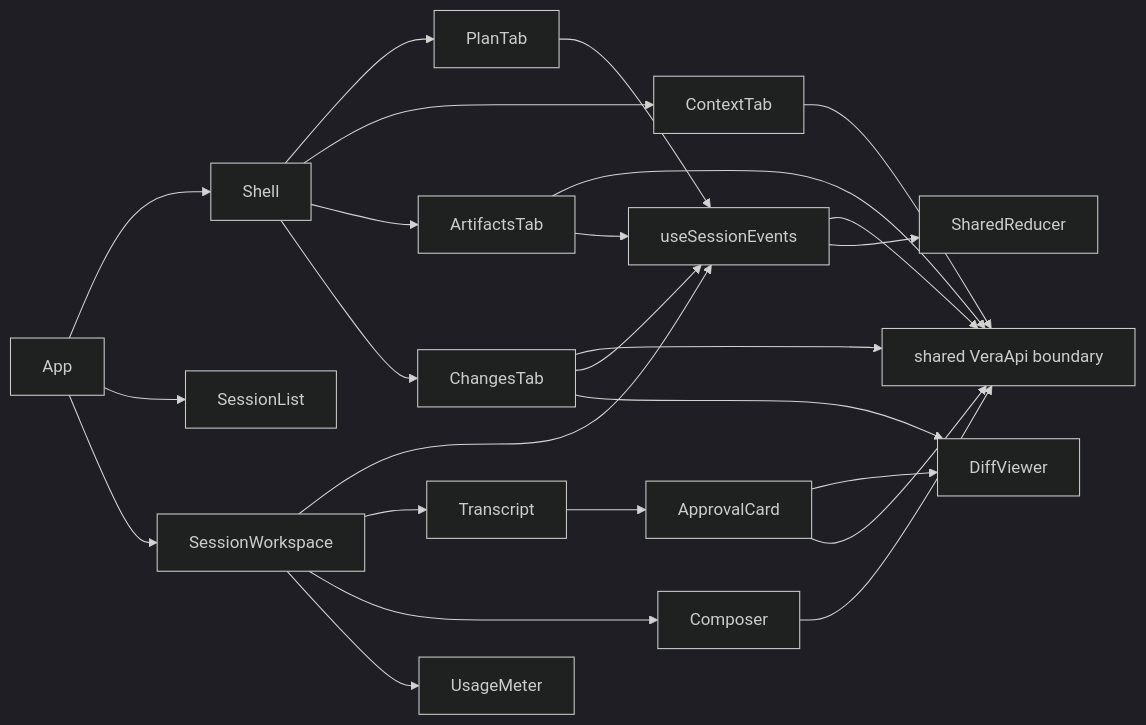
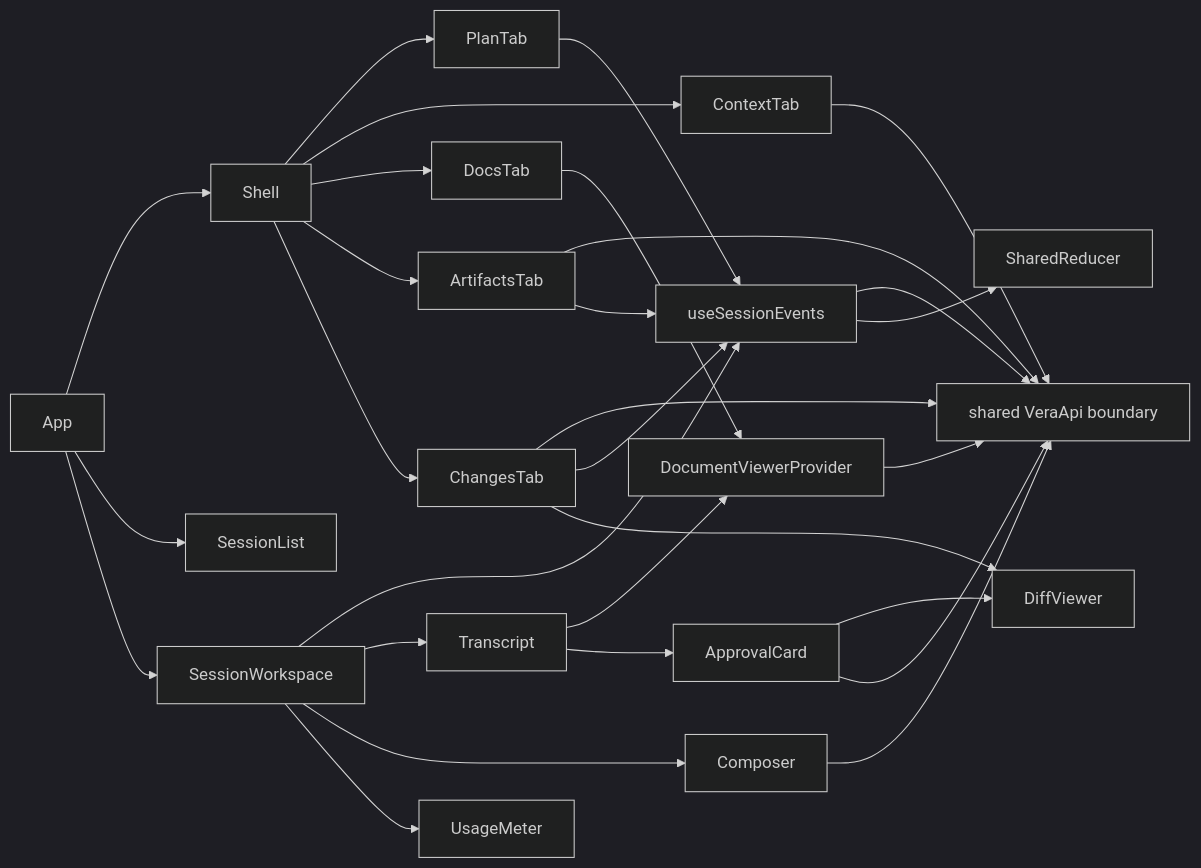
The diagram in .agentic/knowledge/chat-ui.md (DDP-Engineering/2026_Virtual_Embedded_Rig_Assistant), drawn with Mermaid (dark theme) before and after one commit. The commit also changed other lines of this file and 50 other files, not shown here.

````diff
--- a/.agentic/knowledge/chat-ui.md
+++ b/.agentic/knowledge/chat-ui.md
@@ -71,27 +70,31 @@
 ```mermaid
 flowchart LR
   App --> Shell
   App --> SessionList
   App --> SessionWorkspace
   SessionWorkspace --> useSessionEvents
   SessionWorkspace --> Transcript
   SessionWorkspace --> Composer
   SessionWorkspace --> UsageMeter
   Shell --> PlanTab
   PlanTab --> useSessionEvents
   Shell --> ContextTab
+  Shell --> DocsTab
+  DocsTab --> DocumentViewerProvider
+  Transcript --> DocumentViewerProvider
+  DocumentViewerProvider --> API
   Shell --> ArtifactsTab
   ArtifactsTab --> API
   ArtifactsTab --> useSessionEvents
   Shell --> ChangesTab
   ChangesTab --> API
   ChangesTab --> useSessionEvents
   ChangesTab --> DiffViewer
   ApprovalCard --> DiffViewer
   useSessionEvents --> API[shared VeraApi boundary]
   useSessionEvents --> SharedReducer
   Transcript --> ApprovalCard
   ApprovalCard --> API
   Composer --> API
   ContextTab --> API
 ```
````
